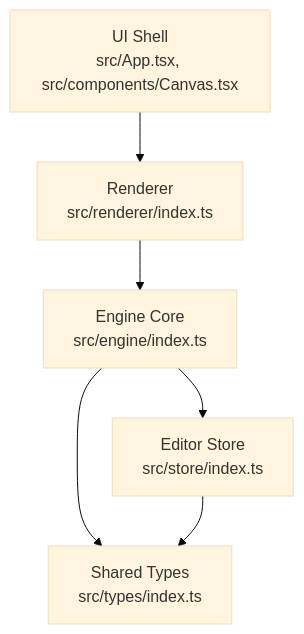
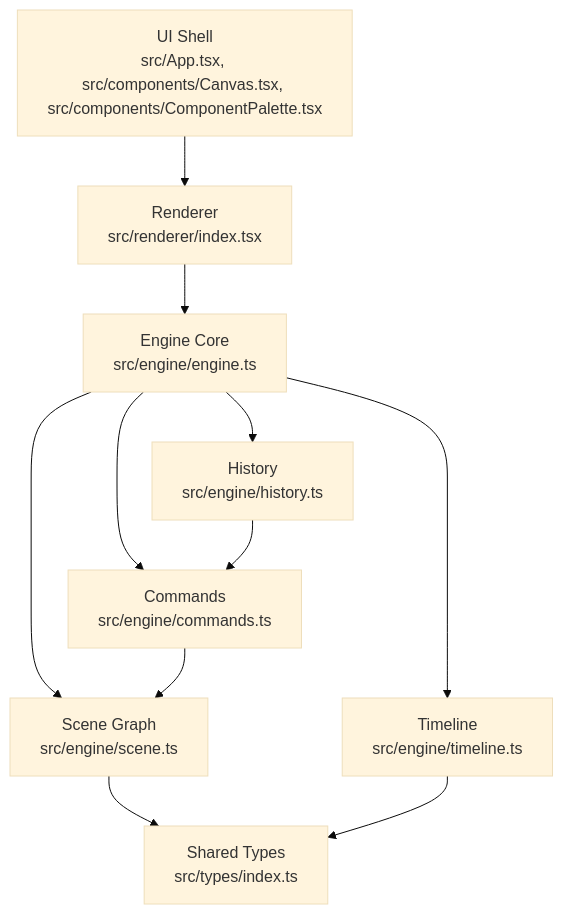
Before and after one commit to Anna0314zy/ai_editor_enginer: the second of 9 diagrams in .qoder/repowiki/en/content/Core Engine System/Scene Graph Architecture.md, drawn with Mermaid (base theme). The commit also changed other lines of this file and 41 other files, not shown here.

````diff
--- a/.qoder/repowiki/en/content/Core Engine System/Scene Graph Architecture.md
+++ b/.qoder/repowiki/en/content/Core Engine System/Scene Graph Architecture.md
@@ -113,13 +157,21 @@
 ```mermaid
 graph TB
-UI["UI Shell<br/>src/App.tsx, src/components/Canvas.tsx"]
-RENDERER["Renderer<br/>src/renderer/index.ts"]
-ENGINE["Engine Core<br/>src/engine/index.ts"]
-STORE["Editor Store<br/>src/store/index.ts"]
+UI["UI Shell<br/>src/App.tsx, src/components/Canvas.tsx, src/components/ComponentPalette.tsx"]
+RENDERER["Renderer<br/>src/renderer/index.tsx"]
+ENGINE["Engine Core<br/>src/engine/engine.ts"]
+SCENE["Scene Graph<br/>src/engine/scene.ts"]
+COMMANDS["Commands<br/>src/engine/commands.ts"]
+HISTORY["History<br/>src/engine/history.ts"]
+TIMELINE["Timeline<br/>src/engine/timeline.ts"]
 TYPES["Shared Types<br/>src/types/index.ts"]
 UI --> RENDERER
 RENDERER --> ENGINE
-ENGINE --> STORE
-ENGINE --> TYPES
-STORE --> TYPES
+ENGINE --> SCENE
+ENGINE --> COMMANDS
+ENGINE --> HISTORY
+ENGINE --> TIMELINE
+SCENE --> TYPES
+COMMANDS --> SCENE
+HISTORY --> COMMANDS
+TIMELINE --> TYPES
 ```
````
